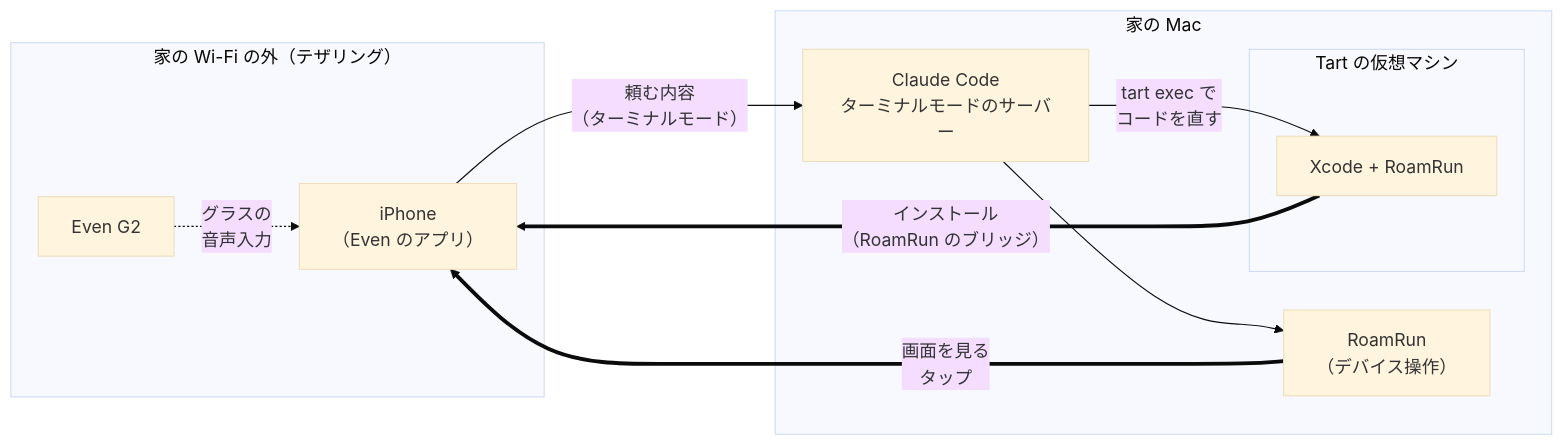
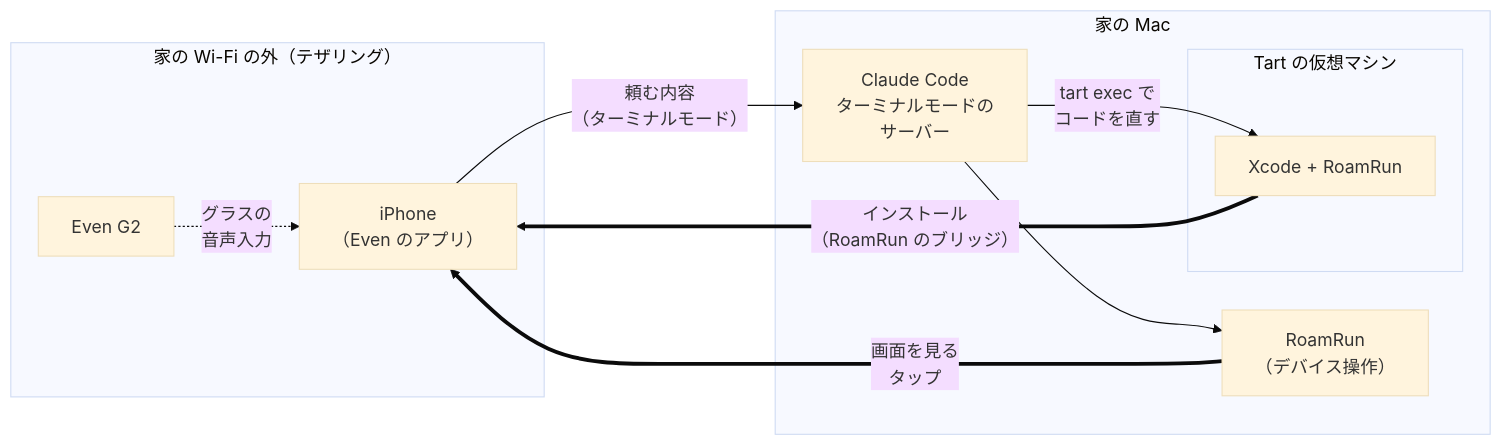
One commit to mh-mobile/zenn_docs changed diagram 11 of 13 in articles/4380fe7546a237.md. Above: the diagram before and after it, drawn with Mermaid (base theme). The commit also changed other lines of this file, not shown here.

Commit message:
RoamRunの記事：図の箱の折り返しを直す

````diff
--- a/articles/4380fe7546a237.md
+++ b/articles/4380fe7546a237.md
@@ -509,18 +509,18 @@
 ```mermaid
 flowchart LR
   subgraph away["家の Wi-Fi の外（テザリング）"]
     g2["Even G2"] -. "グラスの<br/>音声入力" .-> duo["iPhone<br/>（Even のアプリ）"]
   end
   subgraph home["家の Mac"]
-    cc["Claude Code<br/>ターミナルモードのサーバー"]
+    cc["Claude Code<br/>ターミナルモードの<br/>サーバー"]
     rr["RoamRun<br/>（デバイス操作）"]
     subgraph vm["Tart の仮想マシン"]
       xcode["Xcode + RoamRun"]
     end
   end
   duo -- "頼む内容<br/>（ターミナルモード）" --> cc
   cc --> rr
   rr == "画面を見る<br/>タップ" ==> duo
   cc -- "tart exec で<br/>コードを直す" --> xcode
   xcode == "インストール<br/>（RoamRun のブリッジ）" ==> duo
 ```
````
